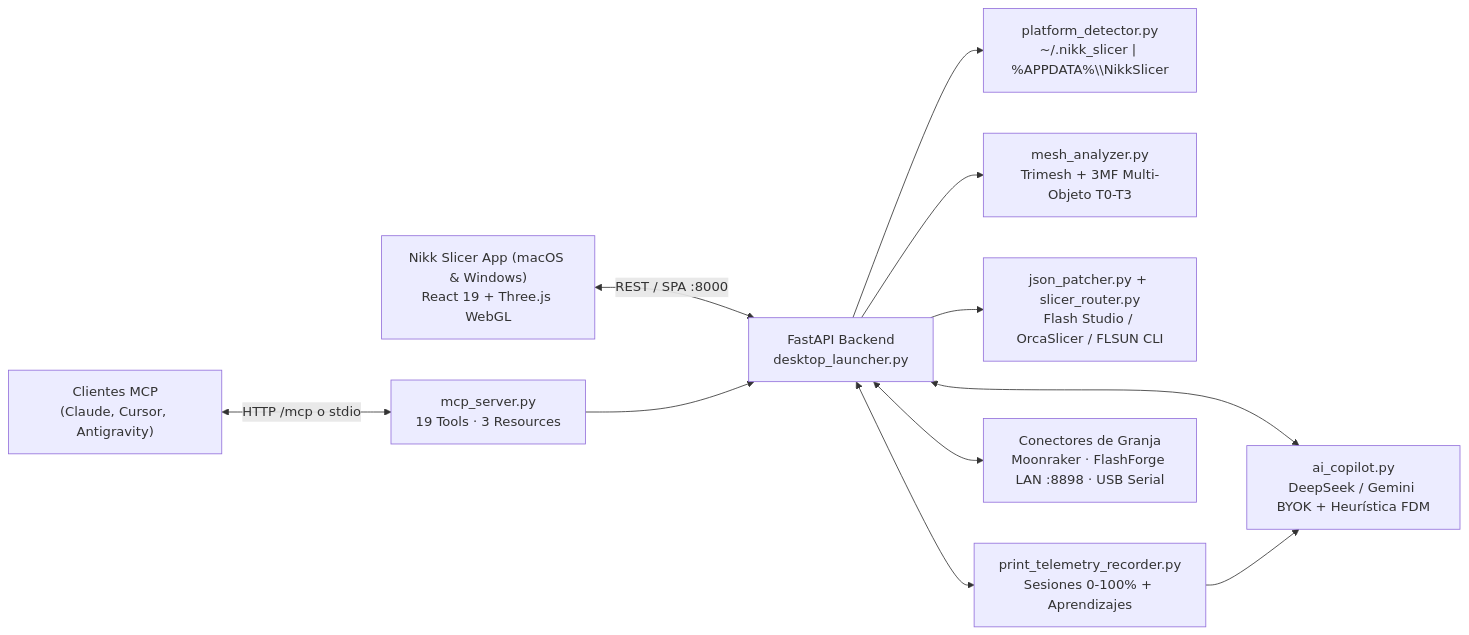
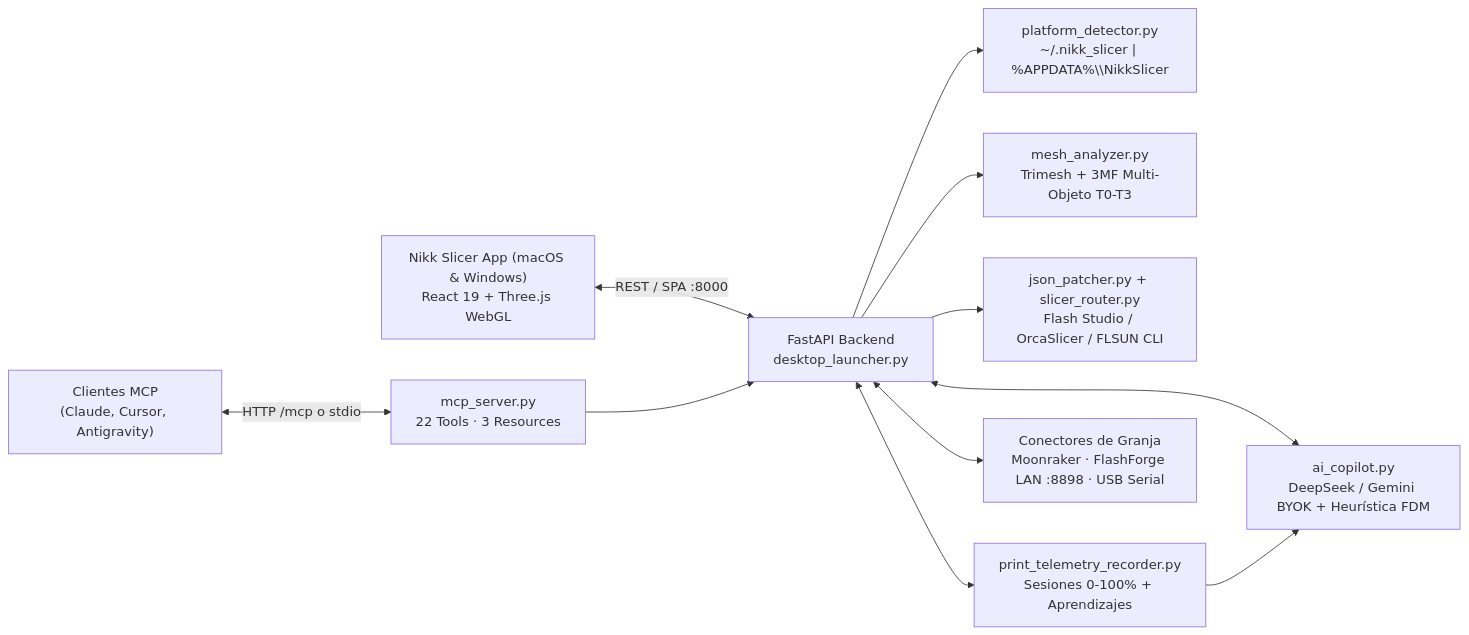
Before and after one commit to alzheimeer/nikk-slicer: the diagram in README.md, drawn with Mermaid. The commit also changed other lines of this file and 4 other files, not shown here.

````diff
--- a/README.md
+++ b/README.md
@@ -166,13 +178,13 @@
 ```mermaid
 flowchart LR
     UI["Nikk Slicer App (macOS & Windows)<br/>React 19 + Three.js WebGL"] <-->|REST / SPA :8000| API["FastAPI Backend<br/>desktop_launcher.py"]
-    MCP_C["Clientes MCP<br/>(Claude, Cursor, Antigravity)"] <-->|HTTP /mcp o stdio| MCP["mcp_server.py<br/>19 Tools · 3 Resources"]
+    MCP_C["Clientes MCP<br/>(Claude, Cursor, Antigravity)"] <-->|HTTP /mcp o stdio| MCP["mcp_server.py<br/>22 Tools · 3 Resources"]
     MCP --> API
     API --> DET["platform_detector.py<br/>~/.nikk_slicer | %APPDATA%\\NikkSlicer"]
     API --> MESH["mesh_analyzer.py<br/>Trimesh + 3MF Multi-Objeto T0-T3"]
     API --> PATCH["json_patcher.py + slicer_router.py<br/>Flash Studio / OrcaSlicer / FLSUN CLI"]
     API <--> AI["ai_copilot.py<br/>DeepSeek / Gemini BYOK + Heurística FDM"]
     API <--> REC["print_telemetry_recorder.py<br/>Sesiones 0-100% + Aprendizajes"]
     REC --> AI
     API <--> HW["Conectores de Granja<br/>Moonraker · FlashForge LAN :8898 · USB Serial"]
 ```
````
